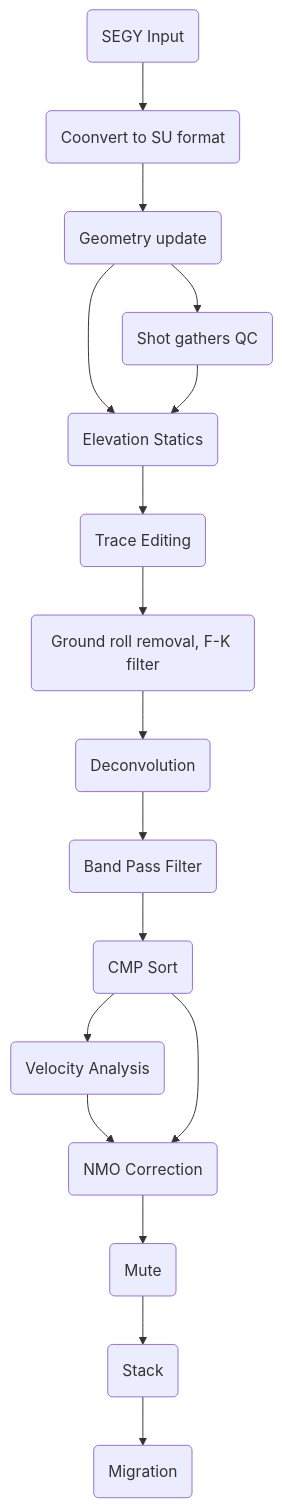
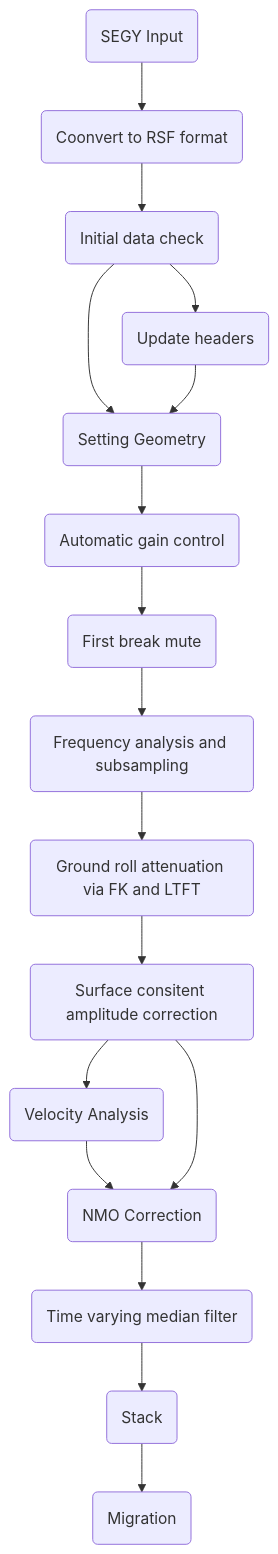
Before and after one commit to arohatgi29/Seismic-Processing-using-Madagascar: the diagram in README.md, drawn with Mermaid. The commit also changed other lines of this file, not shown here.

````diff
--- a/README.md
+++ b/README.md
@@ -23,20 +25,20 @@
 ```mermaid
 graph TD;
-    A(SEGY Input)-->B(Coonvert to SU format);
-    B-->C(Geometry update);
-    C-->D(Shot gathers QC);
-    C-->E(Elevation Statics);
+    A(SEGY Input)-->B(Coonvert to RSF format);
+    B-->C(Initial data check);
+    C-->D(Update headers);
+    C-->E(Setting Geometry);
     D-->E;
-    E-->F(Trace Editing);
-    F-->G(Ground roll removal, F-K filter);
-    G-->H(Deconvolution);
-    H-->I(Band Pass Filter);
-    I-->J(CMP Sort);
+    E-->F(Automatic gain control);
+    F-->G(First break mute);
+    G-->H(Frequency analysis and subsampling);
+    H-->I(Ground roll attenuation via FK and LTFT);
+    I-->J( Surface consitent amplitude correction);
     J-->K(Velocity Analysis);
     K-->L(NMO Correction);
     J-->L;
-    L-->M(Mute)
+    L-->M(Time varying median filter)
     M-->N(Stack)
     N-->O(Migration)
 
 ```
````
